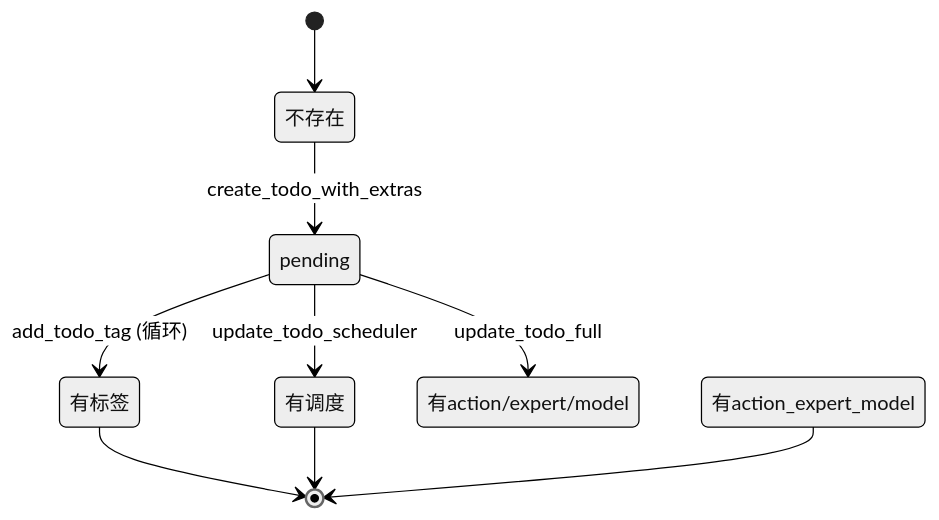
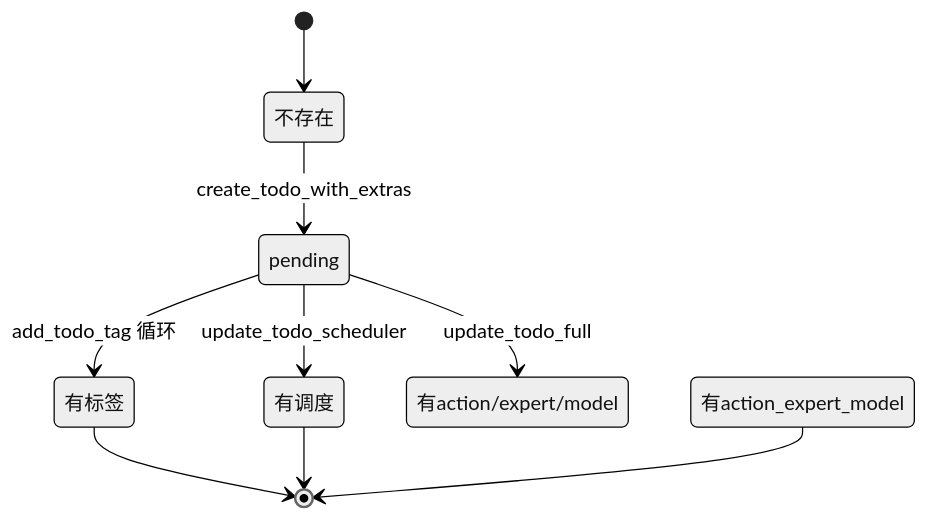
One commit to weibaohui/ntd changed the second of 2 diagrams in frontend/src/help/pages/todo-list-create.md. Above: the diagram before and after it, drawn with Mermaid (neutral theme). The commit also changed other lines of this file and 2 other files, not shown here.

````diff
--- a/frontend/src/help/pages/todo-list-create.md
+++ b/frontend/src/help/pages/todo-list-create.md
@@ -98,11 +43,11 @@
 ```mermaid
 stateDiagram-v2
   [*] --> 不存在
   不存在 --> pending: create_todo_with_extras
-  pending --> 有标签: add_todo_tag (循环)
+  pending --> 有标签: add_todo_tag 循环
   pending --> 有调度: update_todo_scheduler
   pending --> 有action/expert/model: update_todo_full
   有标签 --> [*]
   有调度 --> [*]
   有action_expert_model --> [*]
 ```
````
